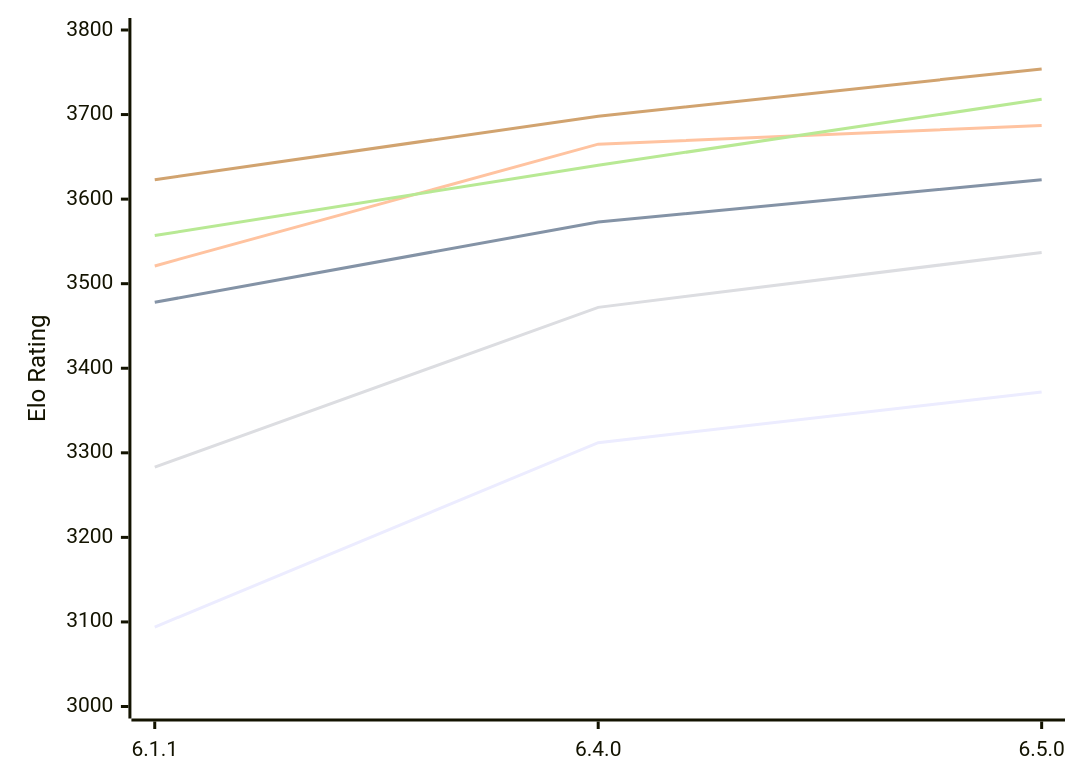
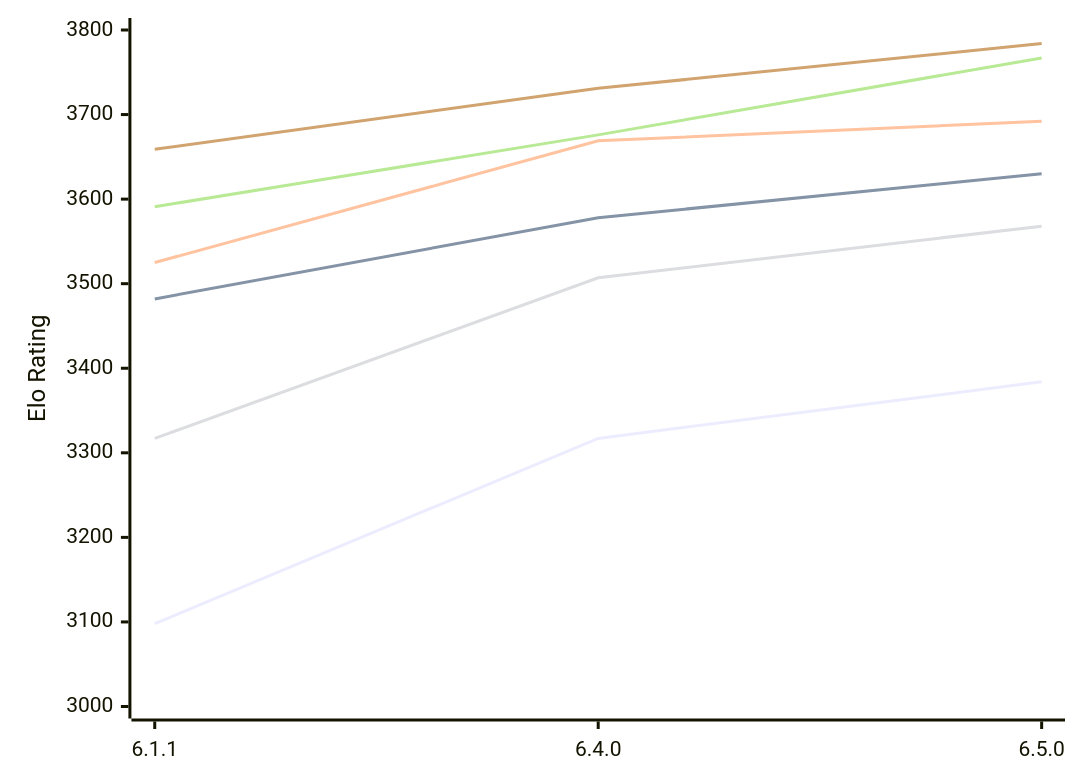
The first of 2 diagrams in engines/Zigqueen.md (computer-chess-index/cci), drawn with Mermaid before and after one commit. The commit also changed other lines of this file, not shown here.

Commit message:
Update CCI Ratings (ELO VLTC) - 2026-11-01

````diff
--- a/engines/Zigqueen.md
+++ b/engines/Zigqueen.md
@@ -55,12 +55,12 @@
 ```mermaid
 %%{init: {"theme":"base","themeVariables":{"seriesColors:['#a3a3a3','#222221','#faa371']}}}%%
 xychart-beta
   x-axis ["6.1.1", "6.4.0", "6.5.0"]
   y-axis "Elo Rating" 3000 --> 3800
-  line "E1: STC (8.0+0.08s)" [3094, 3312, 3372]
-  line "E1: LTC (60.0+0.60s)" [3478, 3573, 3623]
-  line "E1: VLTC (2m24s+1.12s)" [3521, 3665, 3687]
-  line "P1: STC (8.0+0.08s)" [3283, 3472, 3537]
-  line "P1: LTC (60.0+0.60s)" [3557, 3640, 3718]
-  line "P1: VLTC (2m24s+1.12s)" [3623, 3698, 3754]
+  line "E1: STC (8.0+0.08s)" [3098, 3317, 3384]
+  line "E1: LTC (60.0+0.60s)" [3482, 3578, 3630]
+  line "E1: VLTC (2m24s+1.12s)" [3525, 3669, 3692]
+  line "P1: STC (8.0+0.08s)" [3317, 3507, 3568]
+  line "P1: LTC (60.0+0.60s)" [3591, 3676, 3767]
+  line "P1: VLTC (2m24s+1.12s)" [3659, 3731, 3784]
 ```
````
